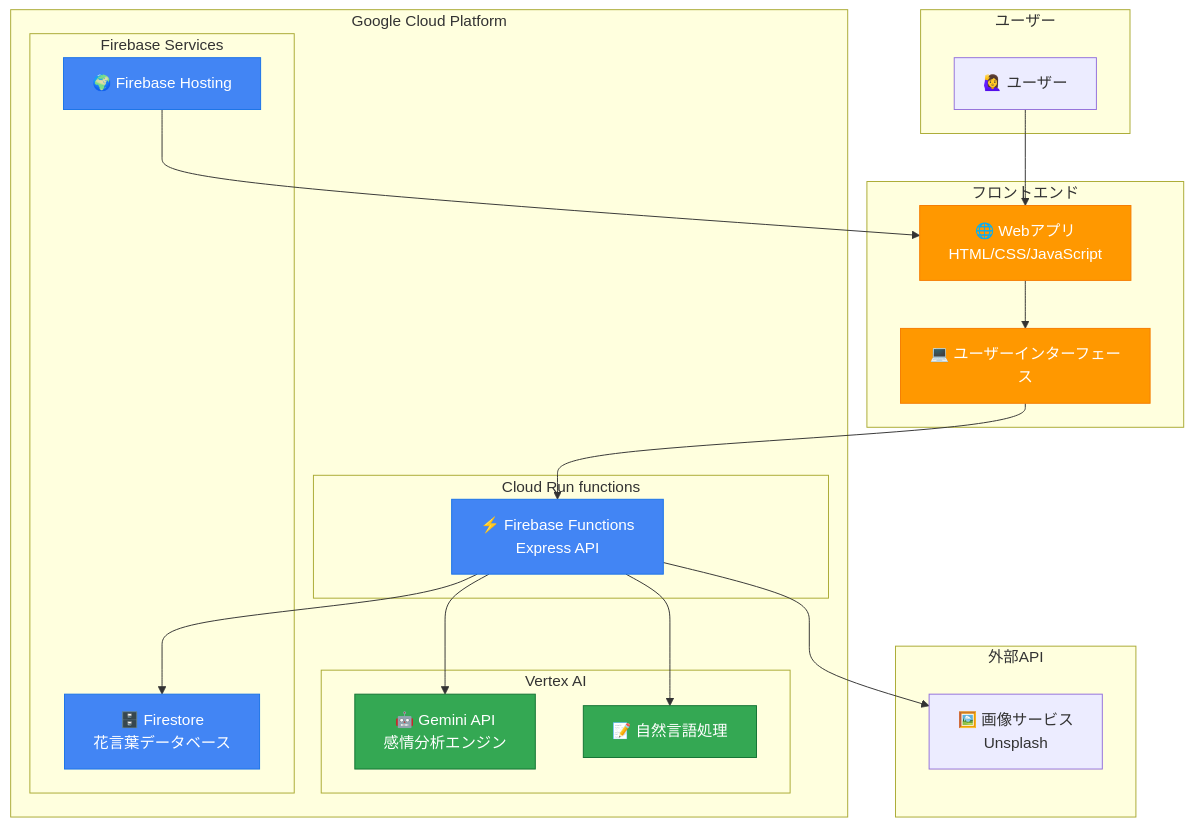
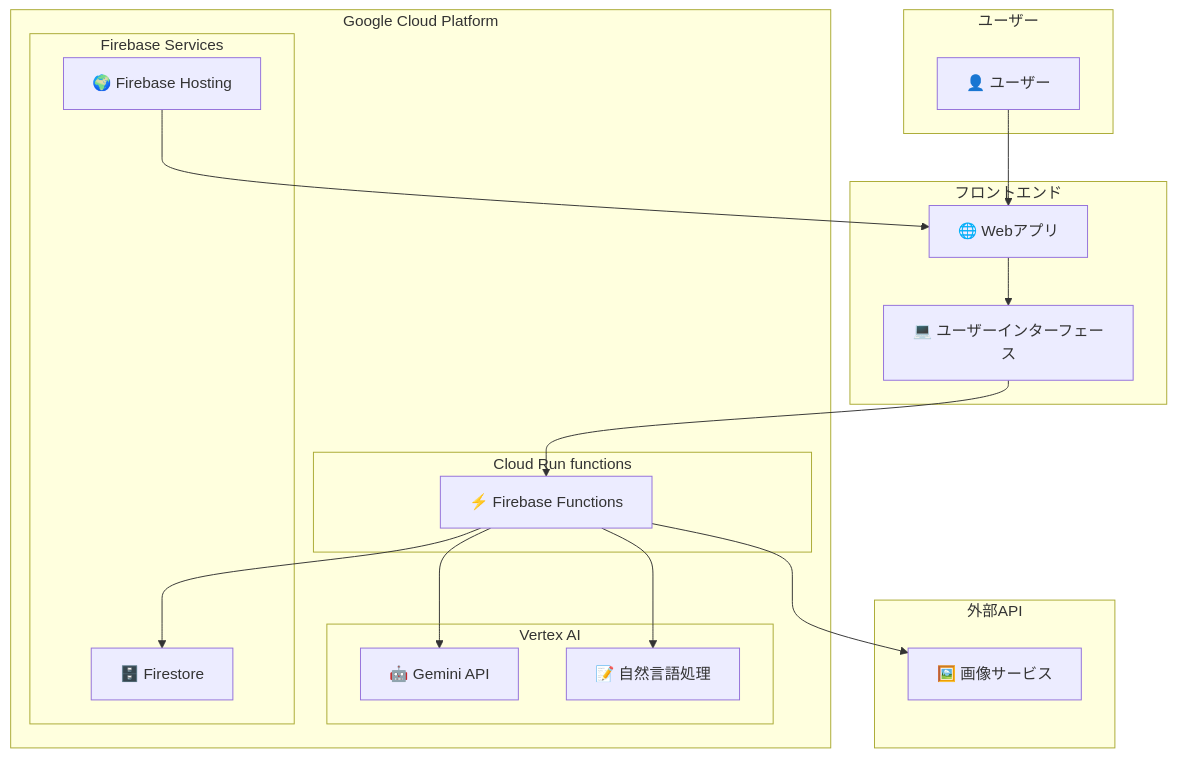
Before and after one commit to wwlapaki310/sakisou: the second of 8 diagrams in docs/zenn-article-complete.md, drawn with Mermaid. The commit also changed other lines of this file, not shown here.

Commit message:
Fix Mermaid diagram syntax errors for GitHub compatibility
- Remove special characters in node labels that cause parsing errors
- Simplify API endpoint descriptions
- Fix flowchart syntax for Cloud Run functions section
- Ensure all Mermaid diagrams follow GitHub-compatible syntax

````diff
--- a/docs/zenn-article-complete.md
+++ b/docs/zenn-article-complete.md
@@ -68,48 +68,40 @@
 ```mermaid
 graph TB
     subgraph "ユーザー"
-        User[🙋‍♀️ ユーザー]
+        User[👤 ユーザー]
     end
     
     subgraph "フロントエンド"
-        Web[🌐 Webアプリ<br/>HTML/CSS/JavaScript]
+        Web[🌐 Webアプリ]
         UI[💻 ユーザーインターフェース]
     end
     
     subgraph "Google Cloud Platform"
         subgraph "Cloud Run functions"
-            API[⚡ Firebase Functions<br/>Express API]
+            API[⚡ Firebase Functions]
         end
         
         subgraph "Vertex AI"
-            Gemini[🤖 Gemini API<br/>感情分析エンジン]
+            Gemini[🤖 Gemini API]
             NLP[📝 自然言語処理]
         end
         
         subgraph "Firebase Services"
-            Firestore[🗄️ Firestore<br/>花言葉データベース]
+            Firestore[🗄️ Firestore]
             Hosting[🌍 Firebase Hosting]
         end
     end
     
     subgraph "外部API"
-        Images[🖼️ 画像サービス<br/>Unsplash]
+        Images[🖼️ 画像サービス]
     end
     
     User --> Web
     Web --> UI
     UI --> API
     API --> Gemini
     API --> NLP
     API --> Firestore
     API --> Images
     Hosting --> Web
-    
-    classDef googleCloud fill:#4285f4,stroke:#1a73e8,color:#fff
-    classDef ai fill:#34a853,stroke:#137333,color:#fff
-    classDef frontend fill:#ff9800,stroke:#f57c00,color:#fff
-    
-    class API,Firestore,Hosting googleCloud
-    class Gemini,NLP ai
-    class Web,UI frontend
 ```
````
